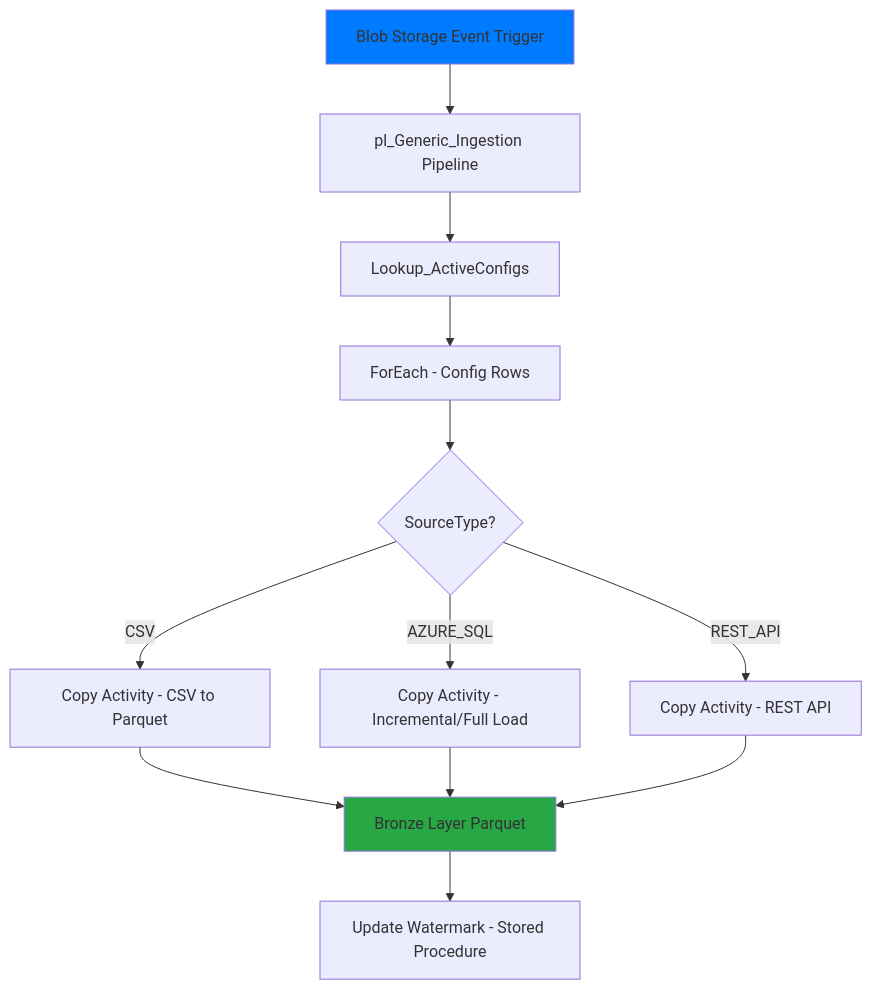
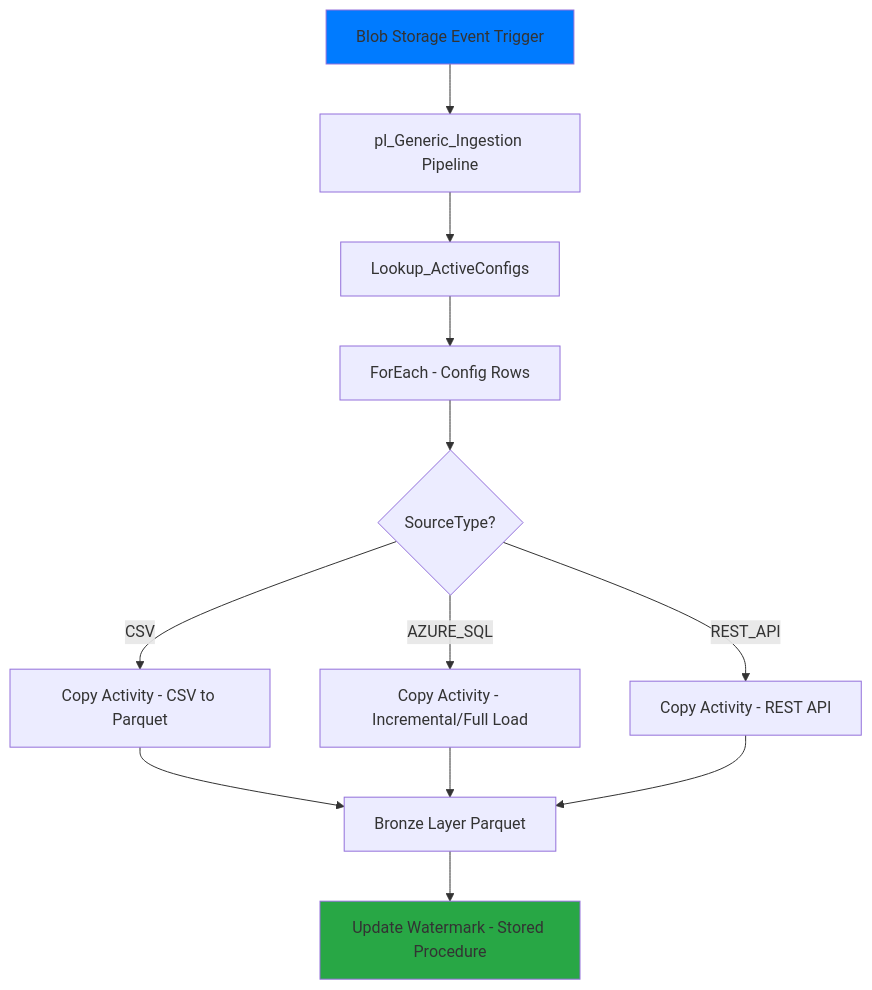
Before and after one commit to dipanjannet/supplychain-etl-pipeline: the first of 2 diagrams in README.md, drawn with Mermaid.

````diff
--- a/README.md
+++ b/README.md
@@ -42,17 +42,17 @@
 ```mermaid
 flowchart TD
     A[Blob Storage Event Trigger] --> B[pl_Generic_Ingestion Pipeline]
     B --> C[Lookup_ActiveConfigs]
     C --> D[ForEach - Config Rows]
     D --> E{SourceType?}
     E -->|CSV| F[Copy Activity - CSV to Parquet]
     E -->|AZURE_SQL| G[Copy Activity - Incremental/Full Load]
     E -->|REST_API| H[Copy Activity - REST API]
     F --> I[Bronze Layer Parquet]
     G --> I
     H --> I
     I --> J[Update Watermark - Stored Procedure]
 
     style A fill:#007bff
-    style I fill:#28a745
+    style J fill:#28a745
 ```
````
